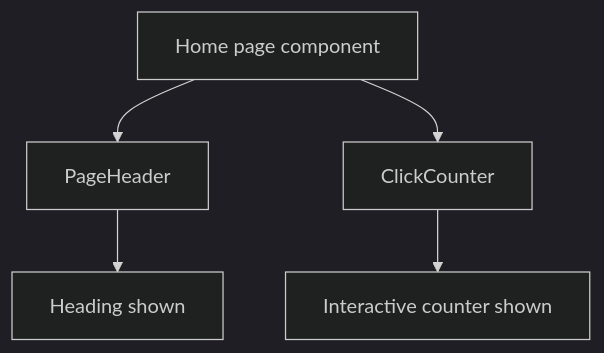
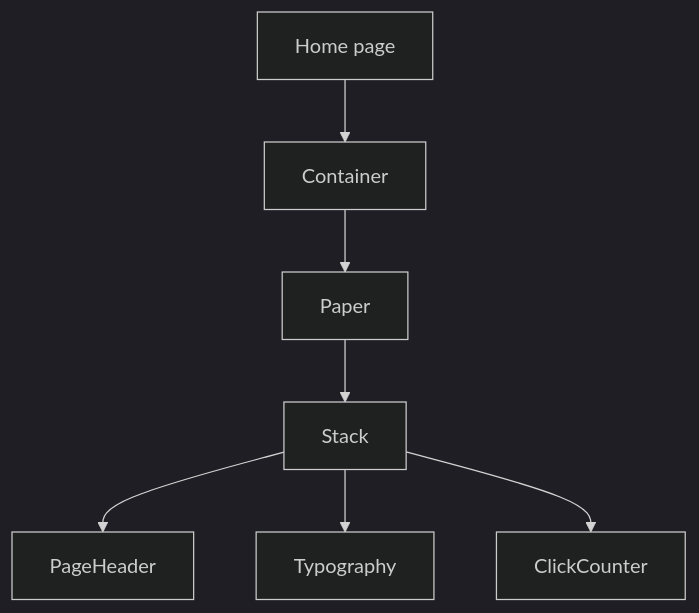
One commit to matthewlovestocode/designated changed the diagram in docs/web/pages/home-page.md. Above: the diagram before and after it, drawn with Mermaid (dark theme). The commit also changed other lines of this file and 35 other files, not shown here.

````diff
--- a/docs/web/pages/home-page.md
+++ b/docs/web/pages/home-page.md
@@ -101,7 +99,9 @@
 ```mermaid
 flowchart TD
-    A["Home page component"] --> B["PageHeader"]
-    A --> C["ClickCounter"]
-    B --> D["Heading shown"]
-    C --> E["Interactive counter shown"]
+    A["Home page"] --> B["Container"]
+    B --> C["Paper"]
+    C --> D["Stack"]
+    D --> E["PageHeader"]
+    D --> F["Typography"]
+    D --> G["ClickCounter"]
 ```
````
